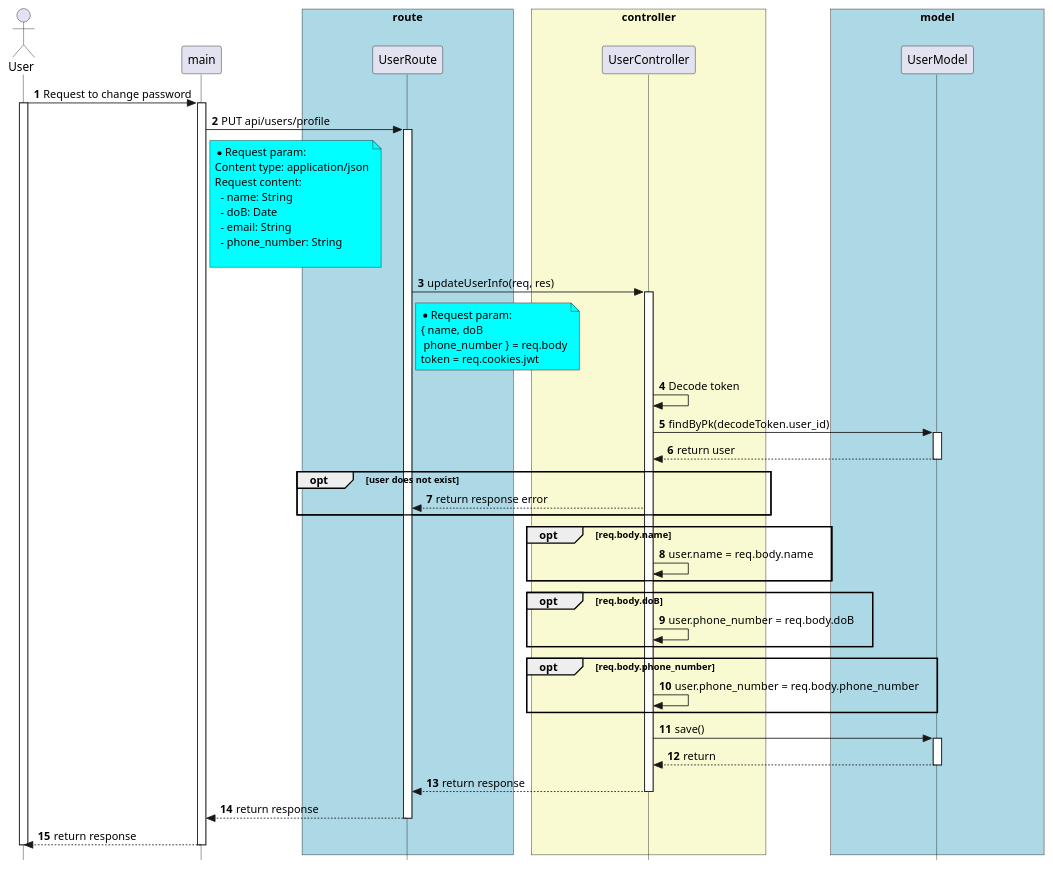
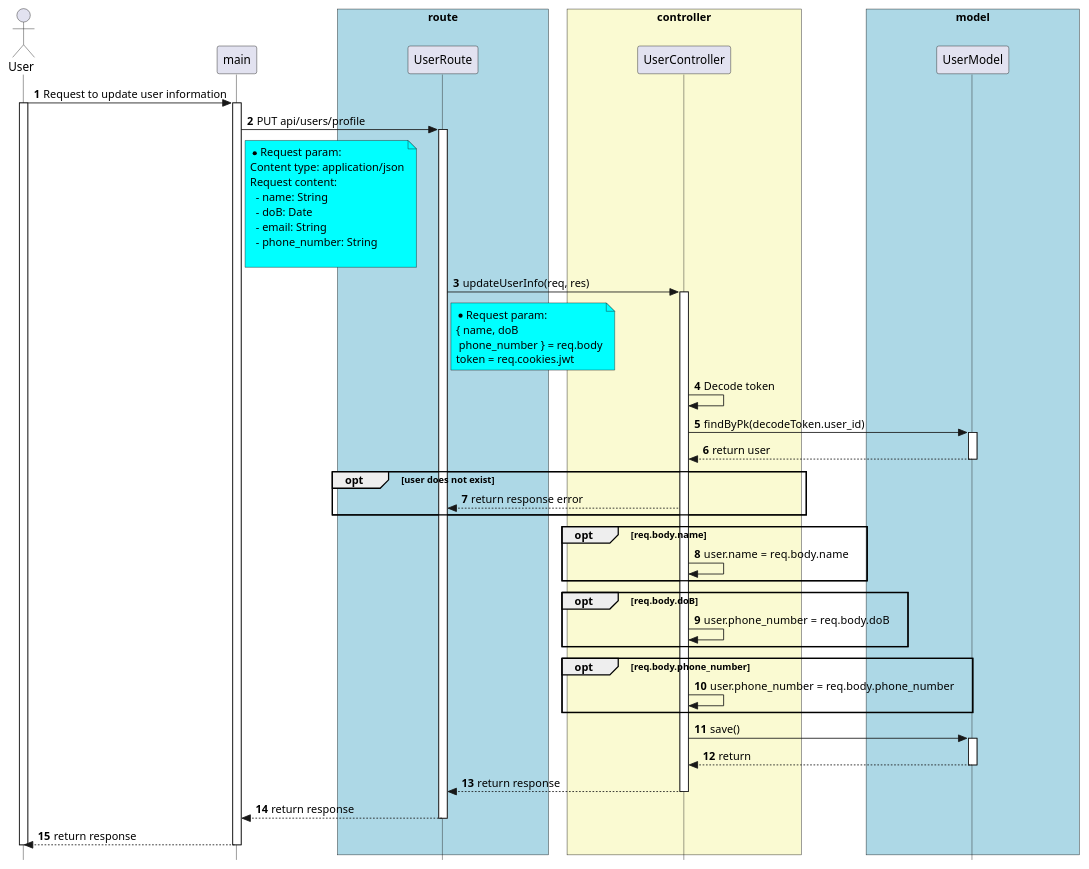
The diagram in diagram/sequence/API/users/updateUserInfo.pu (techcomrade/fmECG), drawn with PlantUML before and after one commit. The commit also changed 9 other files, not shown here.

```diff
--- a/diagram/sequence/API/users/updateUserInfo.pu
+++ b/diagram/sequence/API/users/updateUserInfo.pu
@@ -1,115 +1,115 @@
 @startuml
 
 
 skinparam style strictuml
 
 skinparam lifelineStrategy solid
 
 skinparam ParticipantPadding 80
 
 skinparam BoxPadding 10
 
 autonumber
 
 actor User as User
 
 
 participant main as main
 
 
 box "route" #lightBlue
 
 participant UserRoute as UserRoute
 
 end box
 
 
 box "controller" #LightGoldenRodYellow
 participant UserController as UserController
 
 end box
 
 
 box "model" #lightBlue
 participant UserModel as UserModel
 
 end box
 
 
-User -> main: Request to change password
+User -> main: Request to update user information
 activate User
 activate main
 
 main -> UserRoute: PUT api/users/profile
 activate UserRoute
 
 note right of main #Aqua
 * Request param:
 Content type: application/json
 Request content:
   - name: String
   - doB: Date
   - email: String
   - phone_number: String
 
 end note
 
 UserRoute -> UserController: updateUserInfo(req, res)
 activate UserController
 
 note right of UserRoute #Aqua
 * Request param:
 { name, doB
  phone_number } = req.body
 token = req.cookies.jwt
 end note
 
 
 
 UserController -> UserController: Decode token
 
 UserController -> UserModel: findByPk(decodeToken.user_id)
 
 activate  UserModel
 
 UserModel --> UserController: return user
 
 deactivate UserModel
 
 opt user does not exist
   UserController --> UserRoute: return response error
 end
 
 opt req.body.name
   UserController -> UserController: user.name = req.body.name
 end
 
 opt req.body.doB
   UserController -> UserController: user.phone_number = req.body.doB
 end
 
 opt req.body.phone_number
   UserController -> UserController: user.phone_number = req.body.phone_number
 end
 
 UserController -> UserModel: save()
 activate UserModel
 
 UserModel --> UserController: return
 deactivate UserModel
 
 UserController --> UserRoute: return response
 
 deactivate UserController
 
 UserRoute --> main: return response
 
 deactivate UserRoute
 
 main --> User: return response
 
 deactivate main
 deactivate User
 
 
 @enduml
```
